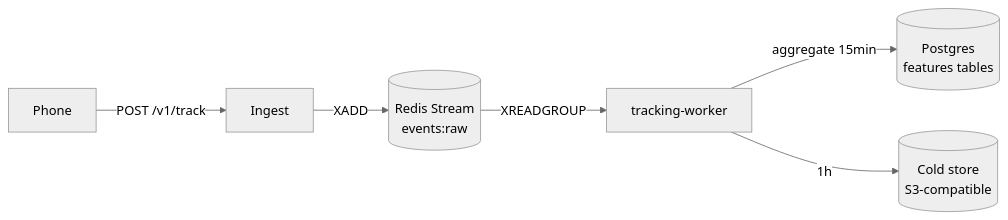
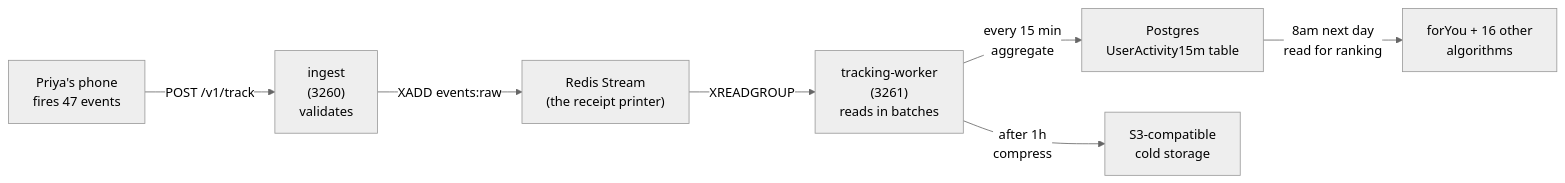
One commit to shashisingh007/Miamo changed the diagram in MIAMO.md. Above: the diagram before and after it, drawn with Mermaid (neutral theme). The commit also changed other lines of this file and 20 other files, not shown here.

````diff
--- a/MIAMO.md
+++ b/MIAMO.md
@@ -262,8 +151,9 @@
 ```mermaid
 flowchart LR
-    Phone -- POST /v1/track --> Ingest
-    Ingest -- XADD --> Stream[(Redis Stream<br/>events:raw)]
-    Stream -- XREADGROUP --> Worker[tracking-worker]
-    Worker -- aggregate 15min --> Db[(Postgres<br/>features tables)]
-    Worker -- 1h --> Cold[(Cold store<br/>S3-compatible)]
+    Phone["Priya's phone<br/>fires 47 events"] -->|"POST /v1/track"| Ingest["ingest<br/>(3260)<br/>validates"]
+    Ingest -->|"XADD events:raw"| Stream["Redis Stream<br/>(the receipt printer)"]
+    Stream -->|"XREADGROUP"| Worker["tracking-worker<br/>(3261)<br/>reads in batches"]
+    Worker -->|"every 15 min<br/>aggregate"| Postgres["Postgres<br/>UserActivity15m table"]
+    Worker -->|"after 1h<br/>compress"| Cold["S3-compatible<br/>cold storage"]
+    Postgres -->|"8am next day<br/>read for ranking"| Algo["forYou + 16 other<br/>algorithms"]
 ```
````
